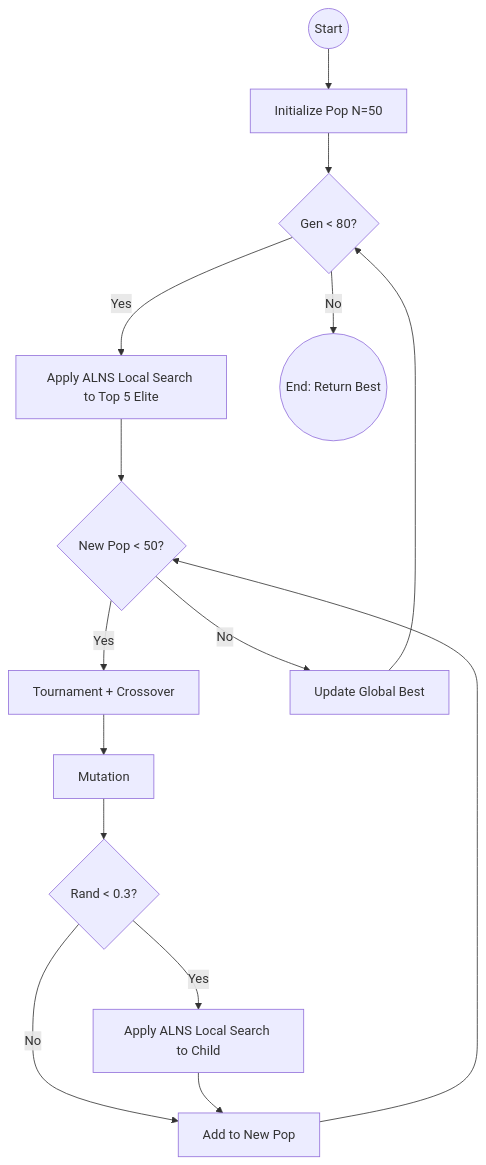
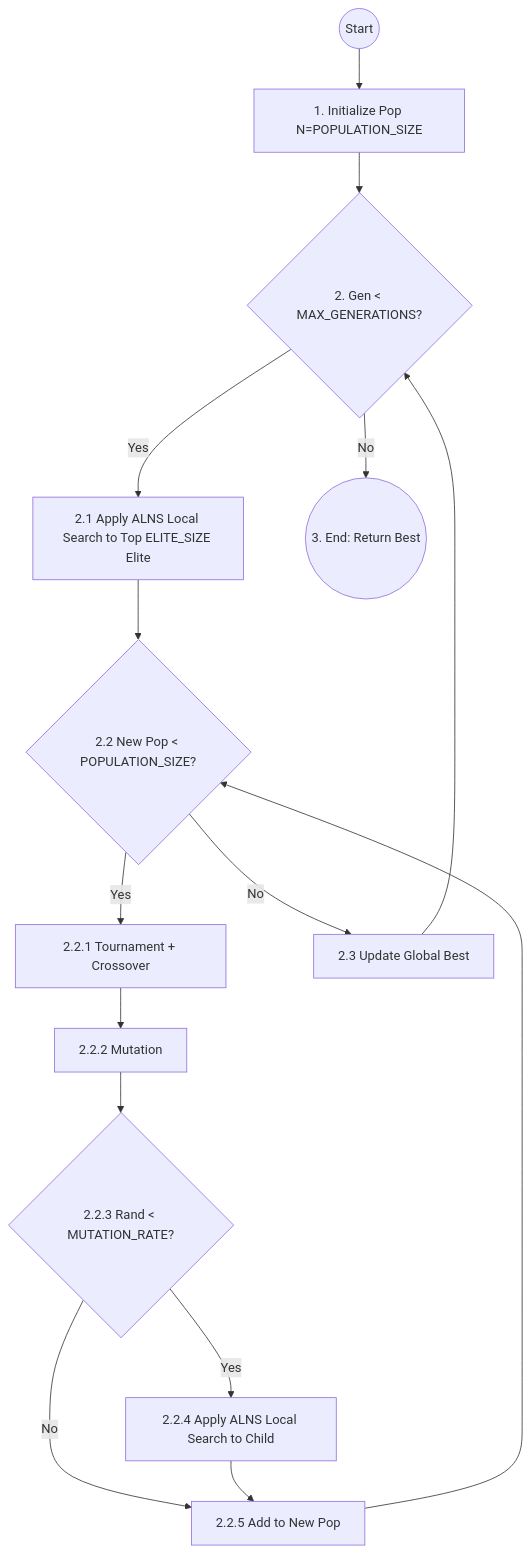
One commit to babankbro/NakornSri-Travel changed the fourth of 8 diagrams in doc/algorithm-workflows.md. Above: the diagram before and after it, drawn with Mermaid. The commit also changed other lines of this file and 17 other files, not shown here.

````diff
--- a/doc/algorithm-workflows.md
+++ b/doc/algorithm-workflows.md
@@ -326,22 +264,22 @@
 ```mermaid
 graph TD
-    Start(("Start")) --> InitPop["Initialize Pop N=50"]
-    InitPop --> LoopGen{"Gen < 80?"}
+    Start(("Start")) --> InitPop["1. Initialize Pop N=POPULATION_SIZE"]
+    InitPop --> LoopGen{"2. Gen < MAX_GENERATIONS?"}
     
-    LoopGen -- Yes --> ALNSElite["Apply ALNS Local Search to Top 5 Elite"]
-    ALNSElite --> LoopPop{"New Pop < 50?"}
+    LoopGen -- Yes --> ALNSElite["2.1 Apply ALNS Local Search to Top ELITE_SIZE Elite"]
+    ALNSElite --> LoopPop{"2.2 New Pop < POPULATION_SIZE?"}
     
-    LoopPop -- Yes --> Crossover["Tournament + Crossover"]
-    Crossover --> Mutate["Mutation"]
-    Mutate --> ProbALNS{"Rand < 0.3?"}
+    LoopPop -- Yes --> Crossover["2.2.1 Tournament + Crossover"]
+    Crossover --> Mutate["2.2.2 Mutation"]
+    Mutate --> ProbALNS{"2.2.3 Rand < MUTATION_RATE?"}
     
-    ProbALNS -- Yes --> ALNSChild["Apply ALNS Local Search to Child"]
-    ProbALNS -- No --> AddChild["Add to New Pop"]
+    ProbALNS -- Yes --> ALNSChild["2.2.4 Apply ALNS Local Search to Child"]
+    ProbALNS -- No --> AddChild["2.2.5 Add to New Pop"]
     ALNSChild --> AddChild
     AddChild --> LoopPop
     
-    LoopPop -- No --> UpdateBest["Update Global Best"]
+    LoopPop -- No --> UpdateBest["2.3 Update Global Best"]
     UpdateBest --> LoopGen
     
-    LoopGen -- No --> End(("End: Return Best"))
+    LoopGen -- No --> End(("3. End: Return Best"))
 ```
````
